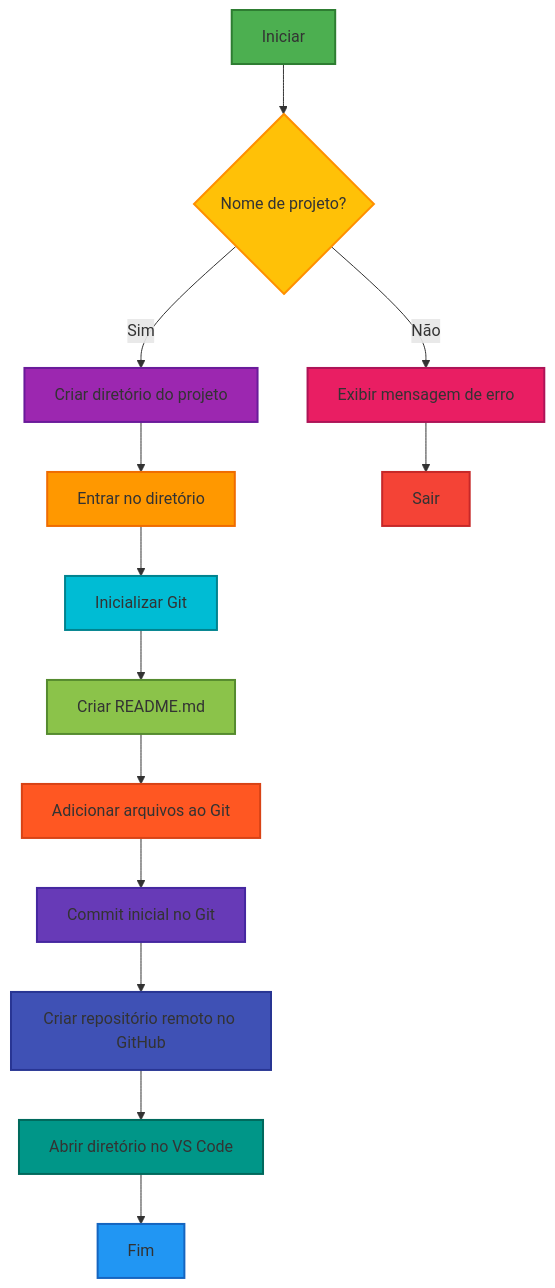
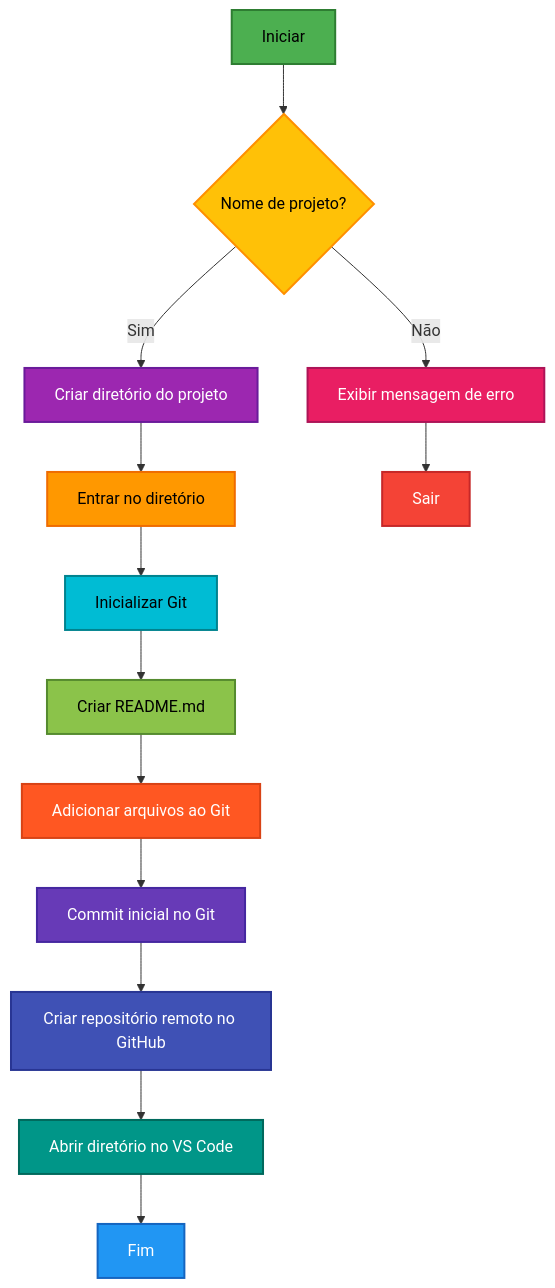
Before and after one commit to neaigd/teste: the diagram in docs/fluxo.md, drawn with Mermaid. The commit also changed 2 other files, not shown here.

Commit message:
Cria v.2.0.0

````diff
--- a/docs/fluxo.md
+++ b/docs/fluxo.md
@@ -27,30 +27,30 @@
 ```mermaid
 graph TD
     A[Iniciar] --> B{Nome de projeto?}
     B -- Sim --> C[Criar diretório do projeto]
     C --> D[Entrar no diretório]
     D --> E[Inicializar Git]
     E --> F[Criar README.md]
     F --> G[Adicionar arquivos ao Git]
     G --> H[Commit inicial no Git]
     H --> I[Criar repositório remoto no GitHub]
     I --> J[Abrir diretório no VS Code]
     J --> K[Fim]
     B -- Não --> L[Exibir mensagem de erro]
     L --> M[Sair]
 
-style A fill:#4CAF50,stroke:#2E7D32,stroke-width:2px
-style M fill:#F44336,stroke:#C62828,stroke-width:2px
-style K fill:#2196F3,stroke:#1565C0,stroke-width:2px
-style B fill:#FFC107,stroke:#FF8F00,stroke-width:2px
-style C fill:#9C27B0,stroke:#6A1B9A,stroke-width:2px
-style D fill:#FF9800,stroke:#EF6C00,stroke-width:2px
-style E fill:#00BCD4,stroke:#00838F,stroke-width:2px
-style F fill:#8BC34A,stroke:#558B2F,stroke-width:2px
-style G fill:#FF5722,stroke:#D84315,stroke-width:2px
-style H fill:#673AB7,stroke:#4527A0,stroke-width:2px
-style I fill:#3F51B5,stroke:#283593,stroke-width:2px
-style J fill:#009688,stroke:#00695C,stroke-width:2px
-style L fill:#E91E63,stroke:#AD1457,stroke-width:2px
+style A fill:#4CAF50,stroke:#2E7D32,stroke-width:2px,color:#000000
+style M fill:#F44336,stroke:#C62828,stroke-width:2px,color:#FFFFFF
+style K fill:#2196F3,stroke:#1565C0,stroke-width:2px,color:#FFFFFF
+style B fill:#FFC107,stroke:#FF8F00,stroke-width:2px,color:#000000
+style C fill:#9C27B0,stroke:#6A1B9A,stroke-width:2px,color:#FFFFFF
+style D fill:#FF9800,stroke:#EF6C00,stroke-width:2px,color:#000000
+style E fill:#00BCD4,stroke:#00838F,stroke-width:2px,color:#000000
+style F fill:#8BC34A,stroke:#558B2F,stroke-width:2px,color:#000000
+style G fill:#FF5722,stroke:#D84315,stroke-width:2px,color:#FFFFFF
+style H fill:#673AB7,stroke:#4527A0,stroke-width:2px,color:#FFFFFF
+style I fill:#3F51B5,stroke:#283593,stroke-width:2px,color:#FFFFFF
+style J fill:#009688,stroke:#00695C,stroke-width:2px,color:#FFFFFF
+style L fill:#E91E63,stroke:#AD1457,stroke-width:2px,color:#FFFFFF
 
 ```
````
